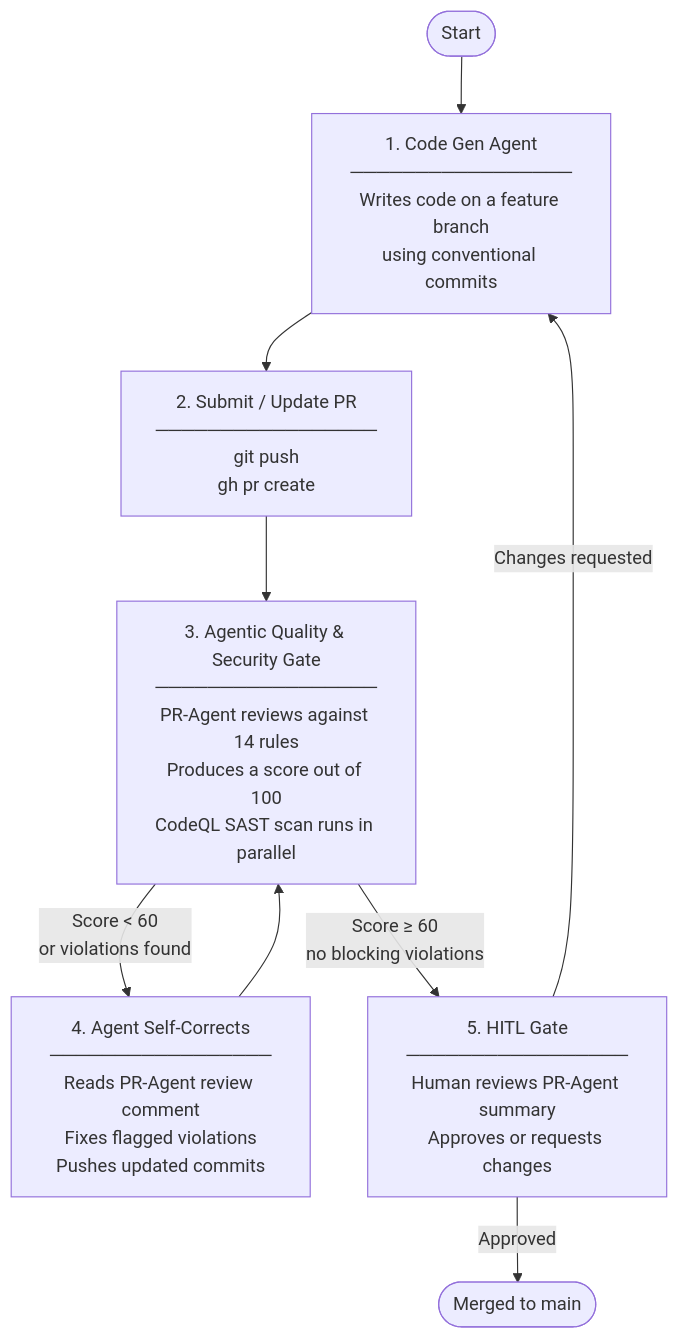
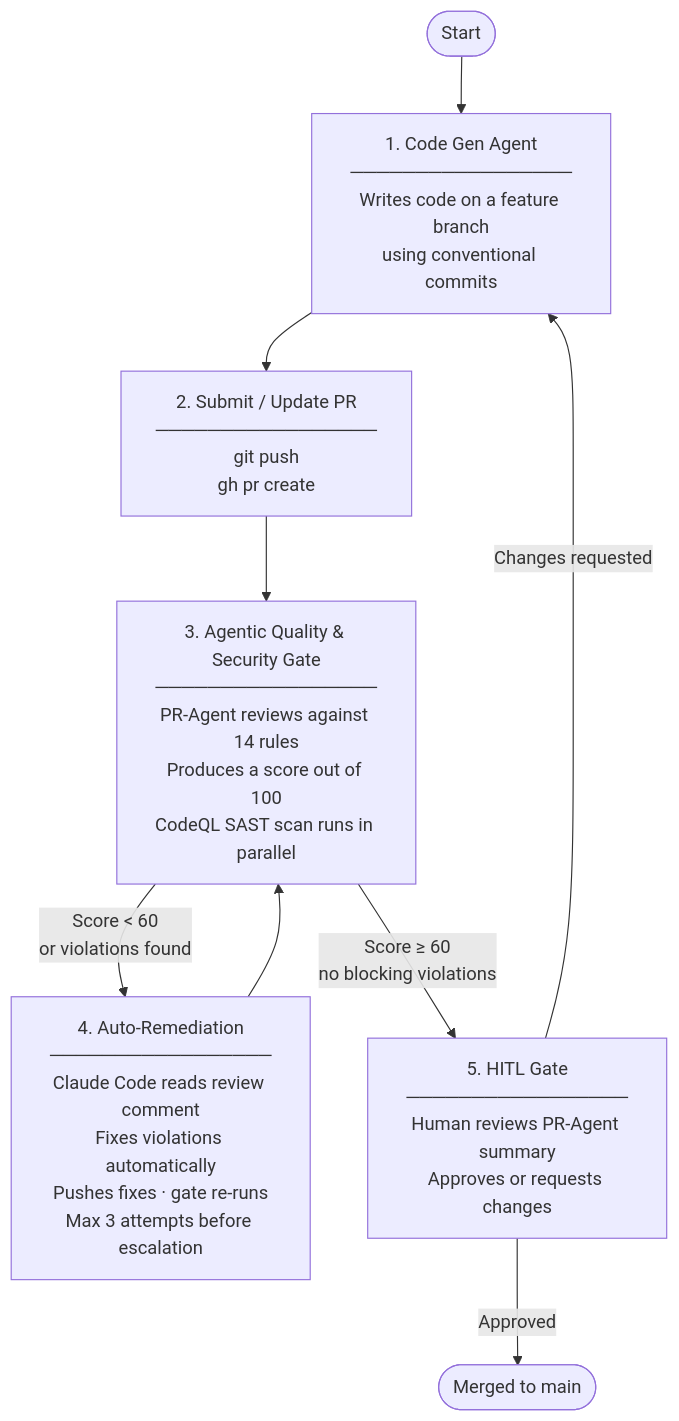
One commit to alisonbutcher/pr-agent-testing changed the diagram in README.md. Above: the diagram before and after it, drawn with Mermaid. The commit also changed other lines of this file and 1 other file, not shown here.

First line of the commit message:
feat: add auto-remediation workflow (#18)

````diff
--- a/README.md
+++ b/README.md
@@ -9,19 +9,19 @@
 ```mermaid
 flowchart TD
     START([Start]) --> A
 
     A["1. Code Gen Agent\n─────────────────\nWrites code on a feature branch\nusing conventional commits"]
 
     A --> B["2. Submit / Update PR\n─────────────────\ngit push\ngh pr create"]
 
     B --> C["3. Agentic Quality & Security Gate\n─────────────────\nPR-Agent reviews against 14 rules\nProduces a score out of 100\nCodeQL SAST scan runs in parallel"]
 
-    C -->|"Score < 60\nor violations found"| D["4. Agent Self-Corrects\n─────────────────\nReads PR-Agent review comment\nFixes flagged violations\nPushes updated commits"]
+    C -->|"Score < 60\nor violations found"| D["4. Auto-Remediation\n─────────────────\nClaude Code reads review comment\nFixes violations automatically\nPushes fixes · gate re-runs\nMax 3 attempts before escalation"]
 
     D --> C
 
     C -->|"Score ≥ 60\nno blocking violations"| E["5. HITL Gate\n─────────────────\nHuman reviews PR-Agent summary\nApproves or requests changes"]
 
     E -->|Approved| F([Merged to main])
     E -->|Changes requested| A
 ```
````
